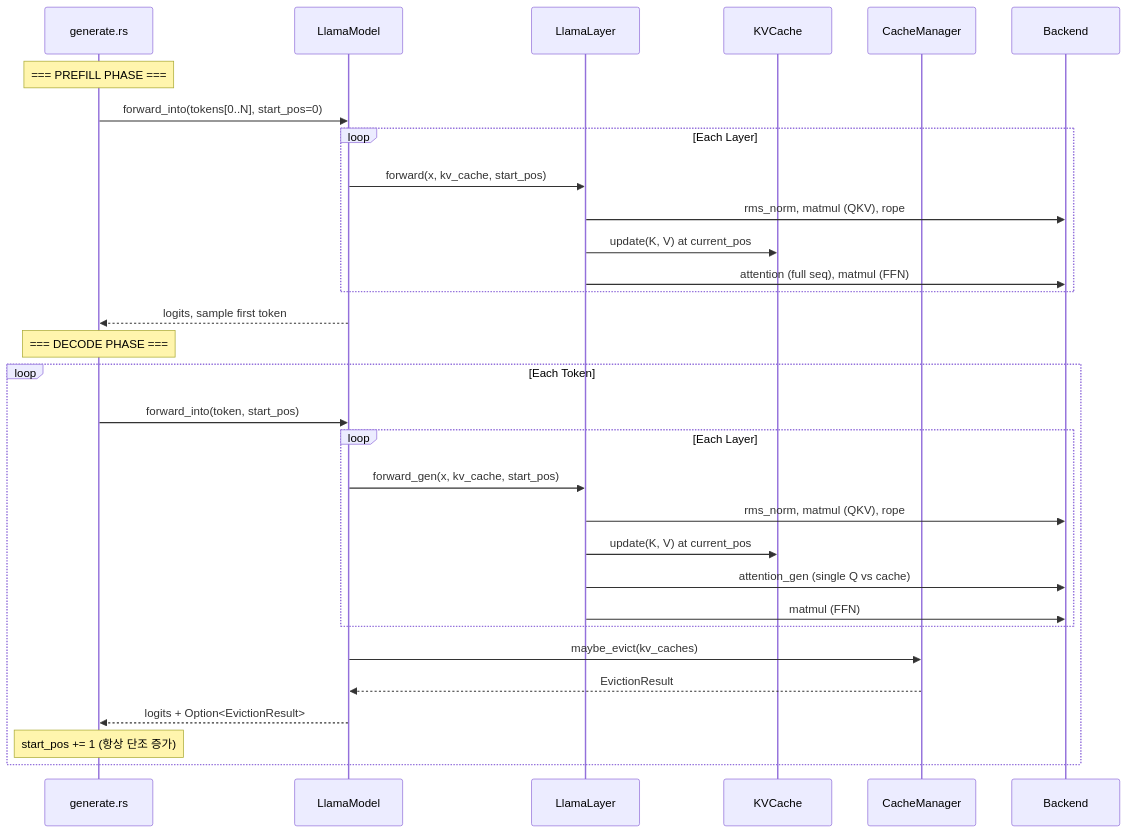
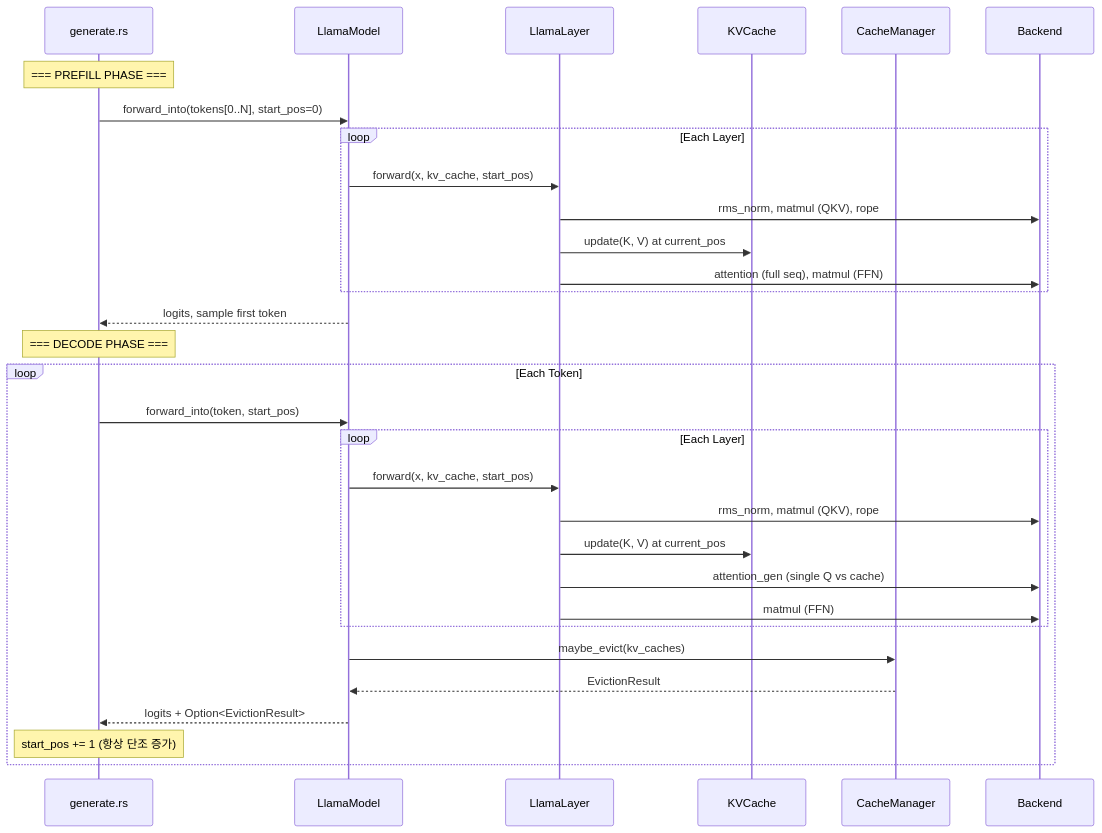
Before and after one commit to hedone21/llm_rs2: the second of 4 diagrams in ARCHITECTURE.md, drawn with Mermaid. The commit also changed other lines of this file, not shown here.

First line of the commit message:
docs: correct ARCHITECTURE.md and add reproduction script

````diff
--- a/ARCHITECTURE.md
+++ b/ARCHITECTURE.md
@@ -112,35 +112,35 @@
 ```mermaid
 sequenceDiagram
     participant User as generate.rs
     participant Model as LlamaModel
     participant Layer as LlamaLayer
     participant Cache as KVCache
     participant CM as CacheManager
     participant Backend
 
     Note over User: === PREFILL PHASE ===
     User->>Model: forward_into(tokens[0..N], start_pos=0)
     loop Each Layer
         Model->>Layer: forward(x, kv_cache, start_pos)
         Layer->>Backend: rms_norm, matmul (QKV), rope
         Layer->>Cache: update(K, V) at current_pos
         Layer->>Backend: attention (full seq), matmul (FFN)
     end
     Model-->>User: logits, sample first token
 
     Note over User: === DECODE PHASE ===
     loop Each Token
         User->>Model: forward_into(token, start_pos)
         loop Each Layer
-            Model->>Layer: forward_gen(x, kv_cache, start_pos)
+            Model->>Layer: forward(x, kv_cache, start_pos)
             Layer->>Backend: rms_norm, matmul (QKV), rope
             Layer->>Cache: update(K, V) at current_pos
             Layer->>Backend: attention_gen (single Q vs cache)
             Layer->>Backend: matmul (FFN)
         end
         Model->>CM: maybe_evict(kv_caches)
         CM-->>Model: EvictionResult
         Model-->>User: logits + Option<EvictionResult>
         Note over User: start_pos += 1 (항상 단조 증가)
     end
 ```
````
